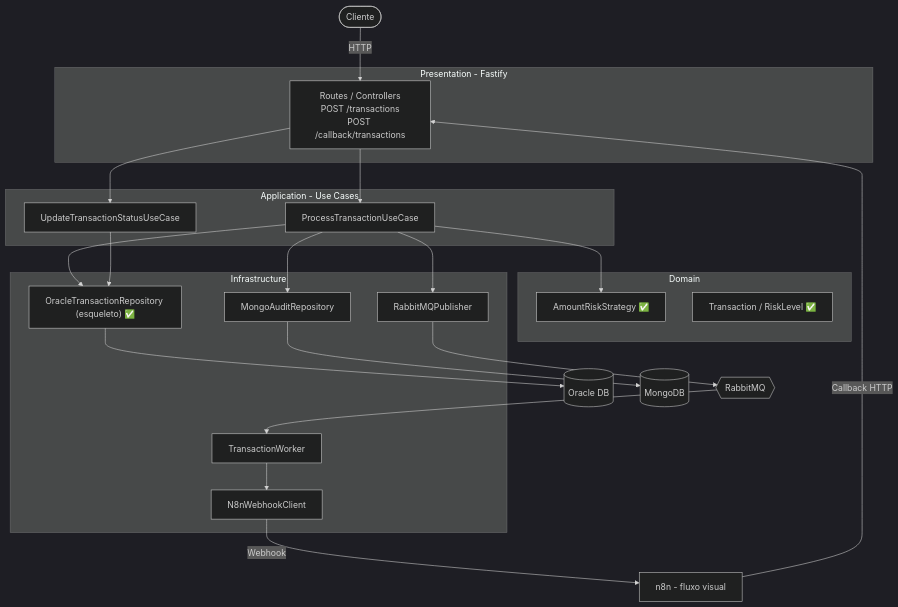
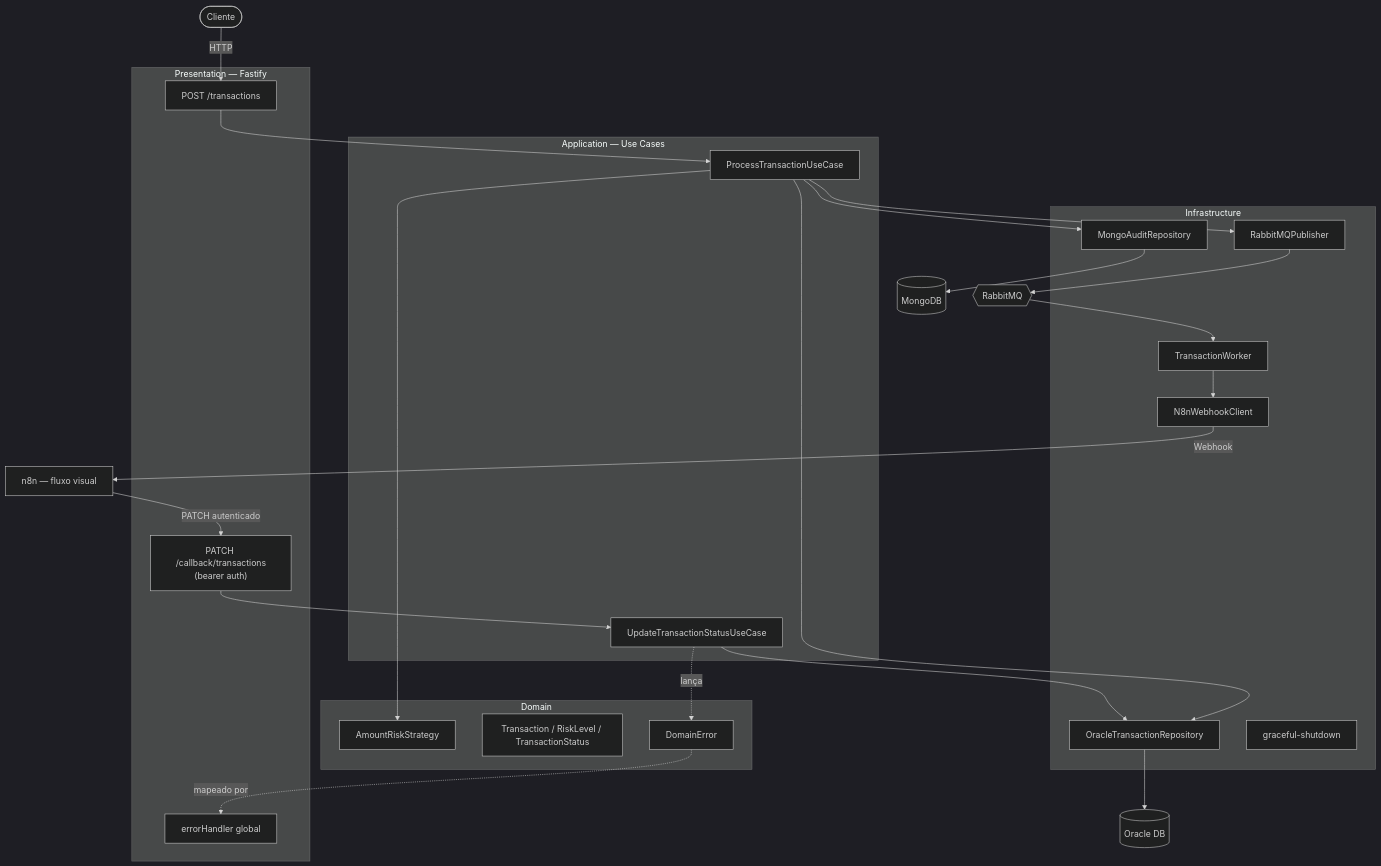
One commit to jvcamargoalmeida/poc-decision-backend changed the third of 3 diagrams in ARCHITECTURE.md. Above: the diagram before and after it, drawn with Mermaid (dark theme). The commit also changed other lines of this file and 3 other files, not shown here.

````diff
--- a/ARCHITECTURE.md
+++ b/ARCHITECTURE.md
@@ -123,47 +148,53 @@
 ```mermaid
 flowchart TB
     Client([Cliente])
 
-    subgraph P["Presentation - Fastify"]
-        Routes["Routes / Controllers<br/>POST /transactions<br/>POST /callback/transactions"]
+    subgraph P["Presentation — Fastify"]
+        TxRoute["POST /transactions"]
+        CbRoute["PATCH /callback/transactions<br/>(bearer auth)"]
+        ErrH["errorHandler global"]
     end
 
-    subgraph A["Application - Use Cases"]
+    subgraph A["Application — Use Cases"]
         ProcessUC["ProcessTransactionUseCase"]
         UpdateUC["UpdateTransactionStatusUseCase"]
     end
 
     subgraph D["Domain"]
-        Strategy["AmountRiskStrategy ✅"]
-        Entity["Transaction / RiskLevel ✅"]
+        Strategy["AmountRiskStrategy"]
+        Entity["Transaction / RiskLevel / TransactionStatus"]
+        Errors["DomainError"]
     end
 
     subgraph I["Infrastructure"]
-        OracleRepo["OracleTransactionRepository (esqueleto) ✅"]
+        OracleRepo["OracleTransactionRepository"]
         MongoRepo["MongoAuditRepository"]
         Publisher["RabbitMQPublisher"]
         Worker["TransactionWorker"]
         N8nClient["N8nWebhookClient"]
+        Shutdown["graceful-shutdown"]
     end
 
     Oracle[(Oracle DB)]
     Mongo[(MongoDB)]
     Queue{{RabbitMQ}}
-    N8n["n8n - fluxo visual"]
+    N8n["n8n — fluxo visual"]
 
-    Client -->|HTTP| Routes
-    Routes --> ProcessUC
+    Client -->|HTTP| TxRoute
+    TxRoute --> ProcessUC
     ProcessUC --> Strategy
     ProcessUC --> OracleRepo
+    ProcessUC --> Publisher
     ProcessUC --> MongoRepo
-    ProcessUC --> Publisher
     OracleRepo --> Oracle
     MongoRepo --> Mongo
     Publisher --> Queue
     Queue --> Worker
     Worker --> N8nClient
     N8nClient -->|Webhook| N8n
-    N8n -->|Callback HTTP| Routes
-    Routes --> UpdateUC
+    N8n -->|PATCH autenticado| CbRoute
+    CbRoute --> UpdateUC
     UpdateUC --> OracleRepo
+    UpdateUC -.lança.-> Errors
+    Errors -.mapeado por.-> ErrH
 ```
````
